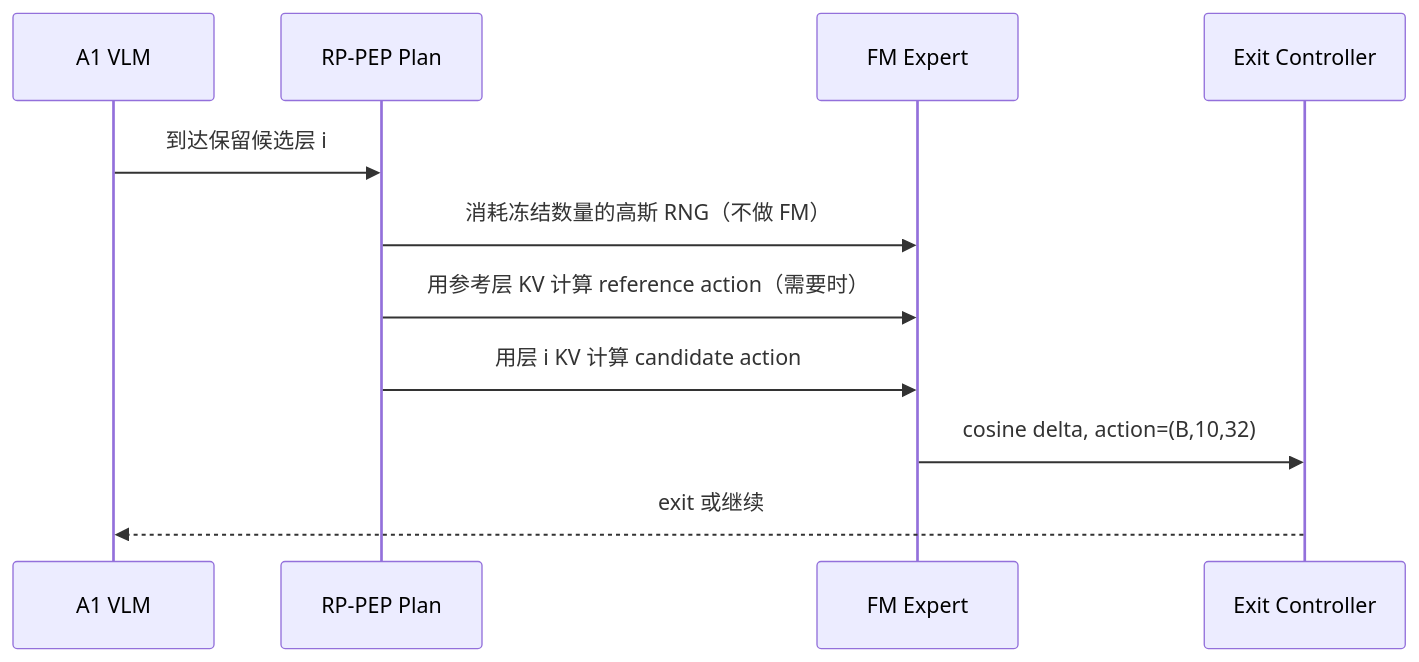
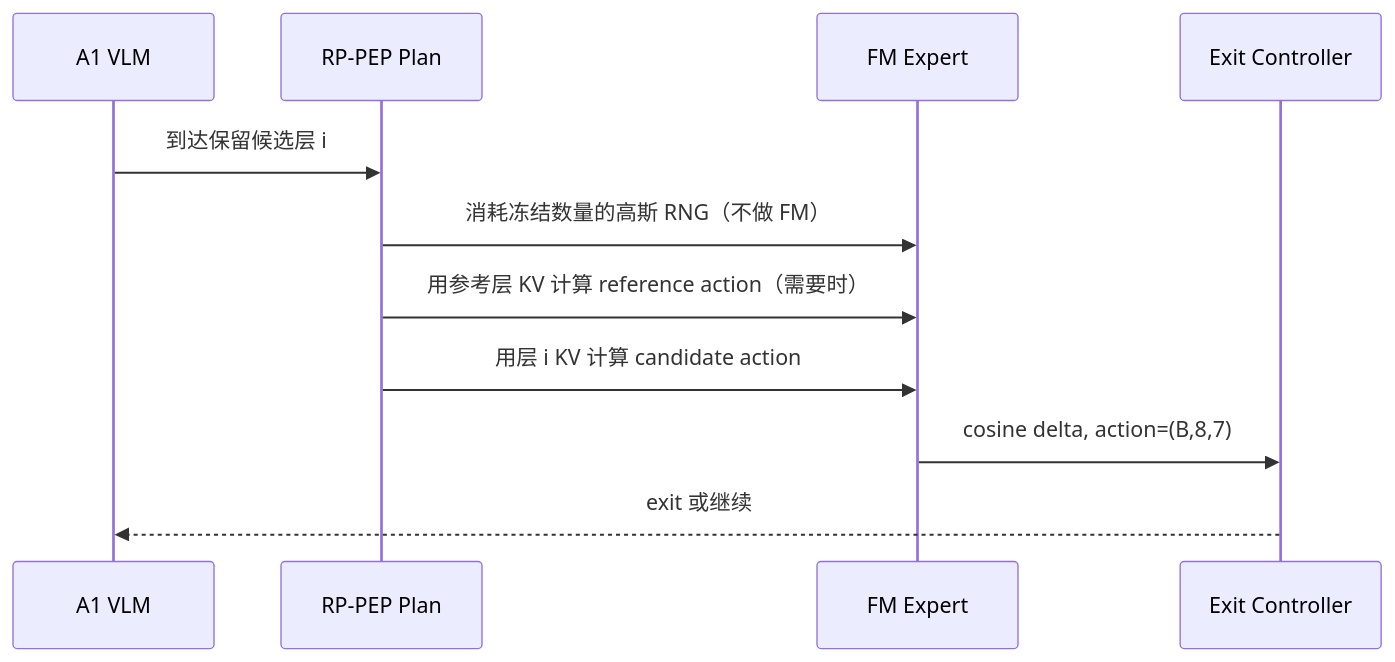
The second of 2 diagrams in docs/PHASEROUTE_ARCHITECTURE_ZH.md (HAOzheng0201/PhaseRoute-VLA), drawn with Mermaid before and after one commit. The commit also changed other lines of this file and 4 other files, not shown here.

````diff
--- a/docs/PHASEROUTE_ARCHITECTURE_ZH.md
+++ b/docs/PHASEROUTE_ARCHITECTURE_ZH.md
@@ -164,14 +188,14 @@
 ```mermaid
 sequenceDiagram
     participant V as A1 VLM
     participant P as RP-PEP Plan
     participant F as FM Expert
     participant C as Exit Controller
 
     V->>P: 到达保留候选层 i
     P->>F: 消耗冻结数量的高斯 RNG（不做 FM）
     P->>F: 用参考层 KV 计算 reference action（需要时）
     P->>F: 用层 i KV 计算 candidate action
-    F->>C: cosine delta, action=(B,10,32)
+    F->>C: cosine delta, action=(B,8,7)
     C-->>V: exit 或继续
 ```
````
